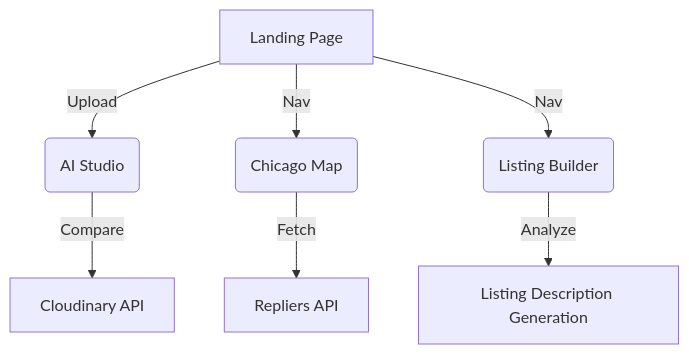
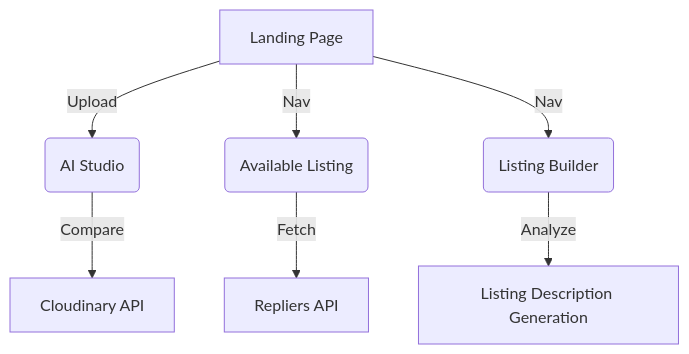
Before and after one commit to ArnieDaDonut/Hack-Canada: the diagram in Docs/ARCHITECTURE.md, drawn with Mermaid. The commit also changed other lines of this file, not shown here.

Commit message:
Revise state flow diagram in architecture documentation

````diff
--- a/Docs/ARCHITECTURE.md
+++ b/Docs/ARCHITECTURE.md
@@ -15,9 +15,9 @@
 ```mermaid
 graph TD
     A[Landing Page] -->|Upload| B(AI Studio)
-    A -->|Nav| C(Chicago Map)
+    A -->|Nav| C(Available Listing)
     A -->|Nav| D(Listing Builder)
     B -->|Compare| E[Cloudinary API]
     D -->|Analyze| F[Listing Description Generation]
     C -->|Fetch| G[Repliers API]
 ```
````
